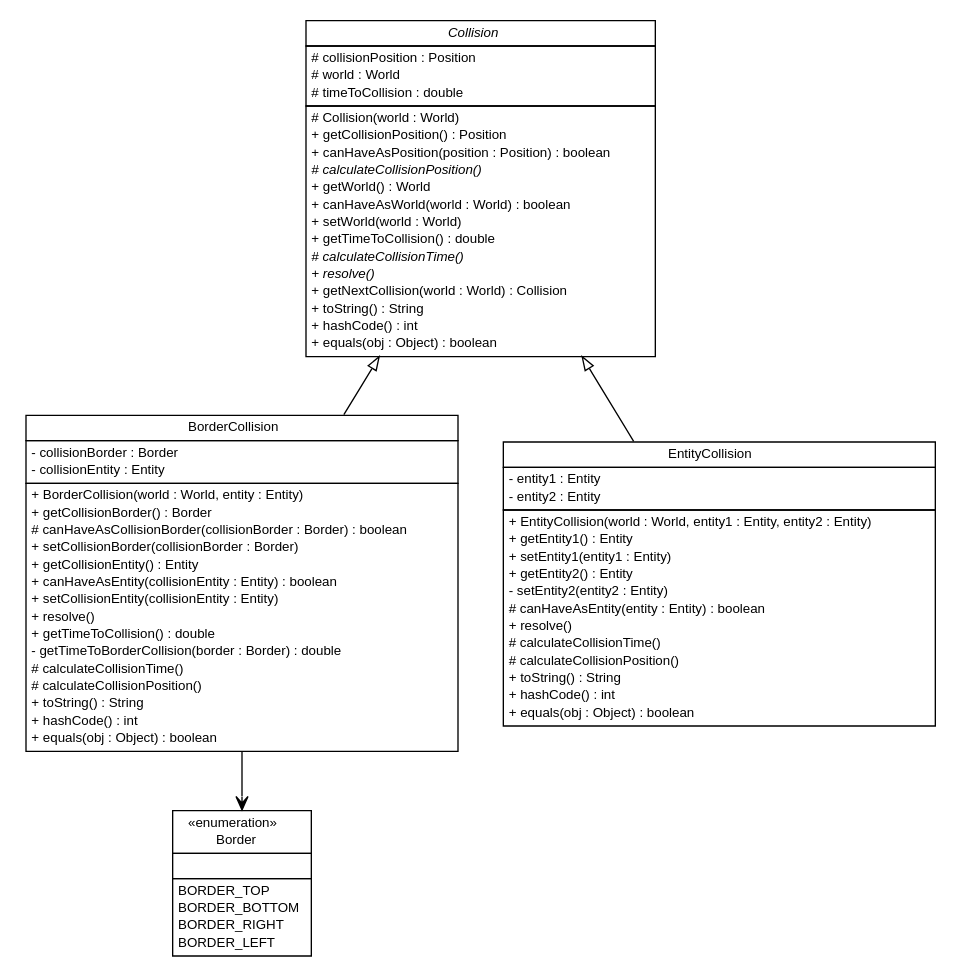
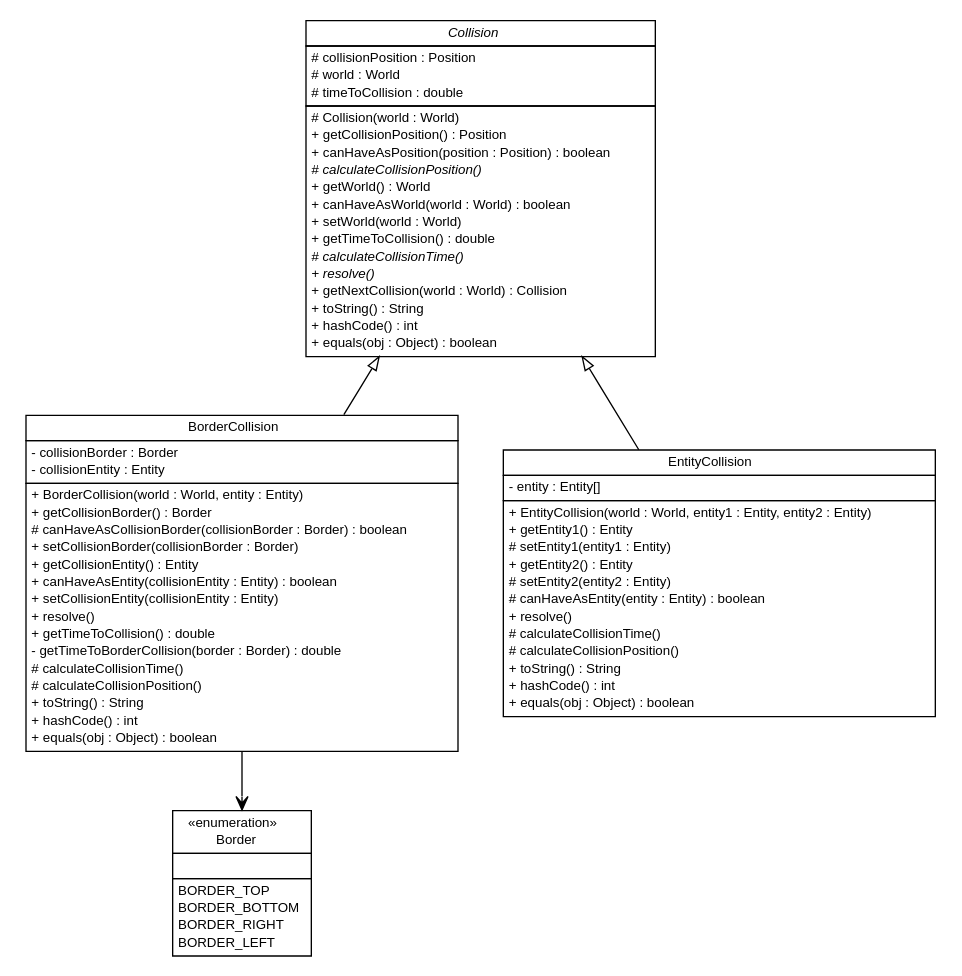
The diagram in doc/world/physics/collision/world.physics.collision.dot (sinopeus/asteroids), drawn with Graphviz before and after one commit. The commit also changed 490 other files, not shown here.

Commit message:
Final UML.

```diff
--- a/doc/world/physics/collision/world.physics.collision.dot
+++ b/doc/world/physics/collision/world.physics.collision.dot
@@ -1,112 +1,111 @@
 #!/usr/local/bin/dot
 #
 # Class diagram 
 # Generated by UMLGraph version R5_6 (http://www.umlgraph.org/)
 #
 
 digraph G {
 	edge [fontname="Helvetica",fontsize=10,labelfontname="Helvetica",labelfontsize=10];
 	node [fontname="Helvetica",fontsize=10,shape=plaintext];
 	nodesep=0.25;
 	ranksep=0.5;
 	// world.physics.collision.Collision
 	c2237 [label=<<table title="world.physics.collision.Collision" border="0" cellborder="1" cellspacing="0" cellpadding="2" port="p" href="./Collision.html">
 		<tr><td><table border="0" cellspacing="0" cellpadding="1">
 <tr><td align="center" balign="center"><font face="Helvetica-Oblique"> Collision </font></td></tr>
 		</table></td></tr>
 		<tr><td><table border="0" cellspacing="0" cellpadding="1">
 <tr><td align="left" balign="left"> # collisionPosition : Position </td></tr>
 <tr><td align="left" balign="left"> # world : World </td></tr>
 <tr><td align="left" balign="left"> # timeToCollision : double </td></tr>
 		</table></td></tr>
 		<tr><td><table border="0" cellspacing="0" cellpadding="1">
 <tr><td align="left" balign="left"> # Collision(world : World) </td></tr>
 <tr><td align="left" balign="left"> + getCollisionPosition() : Position </td></tr>
 <tr><td align="left" balign="left"> + canHaveAsPosition(position : Position) : boolean </td></tr>
 <tr><td align="left" balign="left"><font face="Helvetica-Oblique" point-size="10.0"> # calculateCollisionPosition() </font></td></tr>
 <tr><td align="left" balign="left"> + getWorld() : World </td></tr>
 <tr><td align="left" balign="left"> + canHaveAsWorld(world : World) : boolean </td></tr>
 <tr><td align="left" balign="left"> + setWorld(world : World) </td></tr>
 <tr><td align="left" balign="left"> + getTimeToCollision() : double </td></tr>
 <tr><td align="left" balign="left"><font face="Helvetica-Oblique" point-size="10.0"> # calculateCollisionTime() </font></td></tr>
 <tr><td align="left" balign="left"><font face="Helvetica-Oblique" point-size="10.0"> + resolve() </font></td></tr>
 <tr><td align="left" balign="left"> + getNextCollision(world : World) : Collision </td></tr>
 <tr><td align="left" balign="left"> + toString() : String </td></tr>
 <tr><td align="left" balign="left"> + hashCode() : int </td></tr>
 <tr><td align="left" balign="left"> + equals(obj : Object) : boolean </td></tr>
 		</table></td></tr>
 		</table>>, URL="./Collision.html", fontname="Helvetica", fontcolor="black", fontsize=10.0];
 	// world.physics.collision.Border
 	c2238 [label=<<table title="world.physics.collision.Border" border="0" cellborder="1" cellspacing="0" cellpadding="2" port="p" href="./Border.html">
 		<tr><td><table border="0" cellspacing="0" cellpadding="1">
 <tr><td align="center" balign="center"> &#171;enumeration&#187; </td></tr>
 <tr><td align="center" balign="center"> Border </td></tr>
 		</table></td></tr>
 		<tr><td><table border="0" cellspacing="0" cellpadding="1">
 <tr><td align="left" balign="left">  </td></tr>
 		</table></td></tr>
 		<tr><td><table border="0" cellspacing="0" cellpadding="1">
 <tr><td align="left" balign="left"> BORDER_TOP </td></tr>
 <tr><td align="left" balign="left"> BORDER_BOTTOM </td></tr>
 <tr><td align="left" balign="left"> BORDER_RIGHT </td></tr>
 <tr><td align="left" balign="left"> BORDER_LEFT </td></tr>
 		</table></td></tr>
 		</table>>, URL="./Border.html", fontname="Helvetica", fontcolor="black", fontsize=10.0];
 	// world.physics.collision.BorderCollision
 	c2239 [label=<<table title="world.physics.collision.BorderCollision" border="0" cellborder="1" cellspacing="0" cellpadding="2" port="p" href="./BorderCollision.html">
 		<tr><td><table border="0" cellspacing="0" cellpadding="1">
 <tr><td align="center" balign="center"> BorderCollision </td></tr>
 		</table></td></tr>
 		<tr><td><table border="0" cellspacing="0" cellpadding="1">
 <tr><td align="left" balign="left"> - collisionBorder : Border </td></tr>
 <tr><td align="left" balign="left"> - collisionEntity : Entity </td></tr>
 		</table></td></tr>
 		<tr><td><table border="0" cellspacing="0" cellpadding="1">
 <tr><td align="left" balign="left"> + BorderCollision(world : World, entity : Entity) </td></tr>
 <tr><td align="left" balign="left"> + getCollisionBorder() : Border </td></tr>
 <tr><td align="left" balign="left"> # canHaveAsCollisionBorder(collisionBorder : Border) : boolean </td></tr>
 <tr><td align="left" balign="left"> + setCollisionBorder(collisionBorder : Border) </td></tr>
 <tr><td align="left" balign="left"> + getCollisionEntity() : Entity </td></tr>
 <tr><td align="left" balign="left"> + canHaveAsEntity(collisionEntity : Entity) : boolean </td></tr>
 <tr><td align="left" balign="left"> + setCollisionEntity(collisionEntity : Entity) </td></tr>
 <tr><td align="left" balign="left"> + resolve() </td></tr>
 <tr><td align="left" balign="left"> + getTimeToCollision() : double </td></tr>
 <tr><td align="left" balign="left"> - getTimeToBorderCollision(border : Border) : double </td></tr>
 <tr><td align="left" balign="left"> # calculateCollisionTime() </td></tr>
 <tr><td align="left" balign="left"> # calculateCollisionPosition() </td></tr>
 <tr><td align="left" balign="left"> + toString() : String </td></tr>
 <tr><td align="left" balign="left"> + hashCode() : int </td></tr>
 <tr><td align="left" balign="left"> + equals(obj : Object) : boolean </td></tr>
 		</table></td></tr>
 		</table>>, URL="./BorderCollision.html", fontname="Helvetica", fontcolor="black", fontsize=10.0];
 	// world.physics.collision.EntityCollision
 	c2240 [label=<<table title="world.physics.collision.EntityCollision" border="0" cellborder="1" cellspacing="0" cellpadding="2" port="p" href="./EntityCollision.html">
 		<tr><td><table border="0" cellspacing="0" cellpadding="1">
 <tr><td align="center" balign="center"> EntityCollision </td></tr>
 		</table></td></tr>
 		<tr><td><table border="0" cellspacing="0" cellpadding="1">
-<tr><td align="left" balign="left"> - entity1 : Entity </td></tr>
-<tr><td align="left" balign="left"> - entity2 : Entity </td></tr>
+<tr><td align="left" balign="left"> - entity : Entity[] </td></tr>
 		</table></td></tr>
 		<tr><td><table border="0" cellspacing="0" cellpadding="1">
 <tr><td align="left" balign="left"> + EntityCollision(world : World, entity1 : Entity, entity2 : Entity) </td></tr>
 <tr><td align="left" balign="left"> + getEntity1() : Entity </td></tr>
-<tr><td align="left" balign="left"> + setEntity1(entity1 : Entity) </td></tr>
+<tr><td align="left" balign="left"> # setEntity1(entity1 : Entity) </td></tr>
 <tr><td align="left" balign="left"> + getEntity2() : Entity </td></tr>
-<tr><td align="left" balign="left"> - setEntity2(entity2 : Entity) </td></tr>
+<tr><td align="left" balign="left"> # setEntity2(entity2 : Entity) </td></tr>
 <tr><td align="left" balign="left"> # canHaveAsEntity(entity : Entity) : boolean </td></tr>
 <tr><td align="left" balign="left"> + resolve() </td></tr>
 <tr><td align="left" balign="left"> # calculateCollisionTime() </td></tr>
 <tr><td align="left" balign="left"> # calculateCollisionPosition() </td></tr>
 <tr><td align="left" balign="left"> + toString() : String </td></tr>
 <tr><td align="left" balign="left"> + hashCode() : int </td></tr>
 <tr><td align="left" balign="left"> + equals(obj : Object) : boolean </td></tr>
 		</table></td></tr>
 		</table>>, URL="./EntityCollision.html", fontname="Helvetica", fontcolor="black", fontsize=10.0];
 	//world.physics.collision.BorderCollision extends world.physics.collision.Collision
 	c2237:p -> c2239:p [dir=back,arrowtail=empty];
 	//world.physics.collision.EntityCollision extends world.physics.collision.Collision
 	c2237:p -> c2240:p [dir=back,arrowtail=empty];
 	// world.physics.collision.BorderCollision NAVASSOC world.physics.collision.Border
 	c2239:p -> c2238:p [taillabel="", label="", headlabel="", fontname="Helvetica", fontcolor="black", fontsize=10.0, color="black", arrowhead=open];
 }
```
